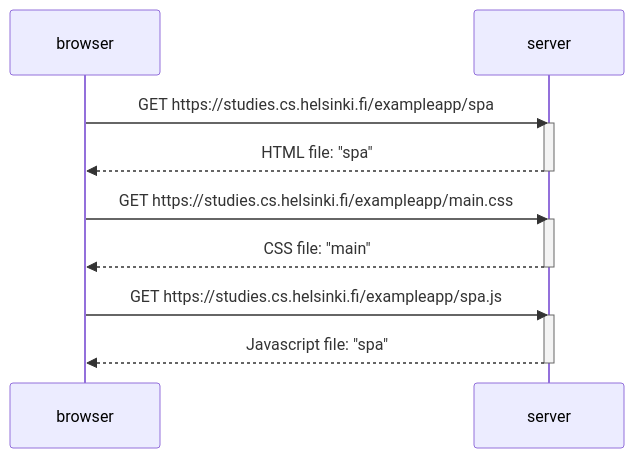
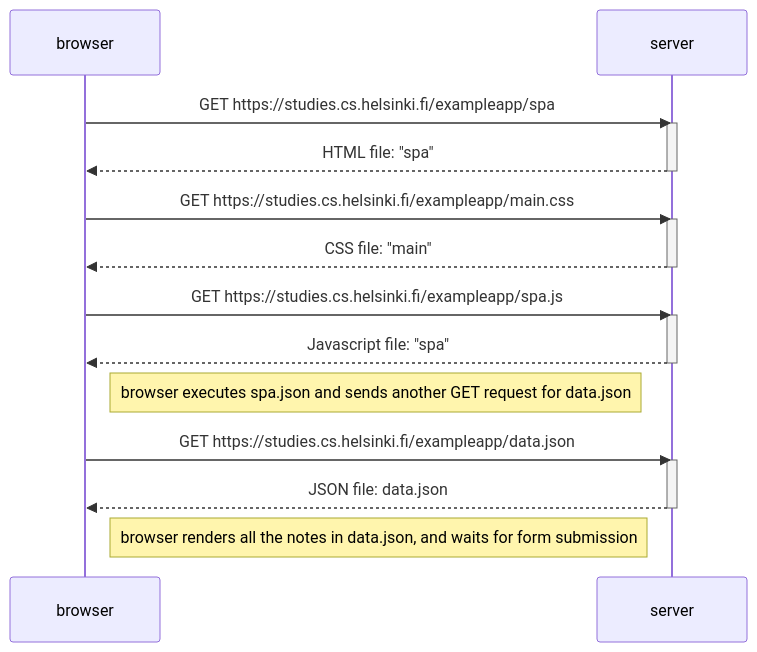
The diagram in exercises/05_single_page_app_diagram.md (aeryskyB/part0-fullstackopen-23), drawn with Mermaid before and after one commit.

Commit message:
Update 05_single_page_app_diagram.md
--update
    v.1

````diff
--- a/exercises/05_single_page_app_diagram.md
+++ b/exercises/05_single_page_app_diagram.md
@@ -1,20 +1,27 @@
 ```mermaid
 sequenceDiagram
     participant browser
     participant server
 
     browser->>server: GET https://studies.cs.helsinki.fi/exampleapp/spa
     activate server
     server-->>browser: HTML file: "spa"
     deactivate server
 
     browser->>server: GET https://studies.cs.helsinki.fi/exampleapp/main.css
     activate server
     server-->>browser: CSS file: "main"
     deactivate server
 
     browser->>server: GET https://studies.cs.helsinki.fi/exampleapp/spa.js
     activate server
     server-->>browser: Javascript file: "spa"
     deactivate server
+    Note right of browser: browser executes spa.json and sends another GET request for data.json
+
+    browser->>server: GET https://studies.cs.helsinki.fi/exampleapp/data.json
+    activate server
+    server-->>browser: JSON file: data.json
+    deactivate server
+    Note right of browser: browser renders all the notes in data.json, and waits for form submission
 ```
````
